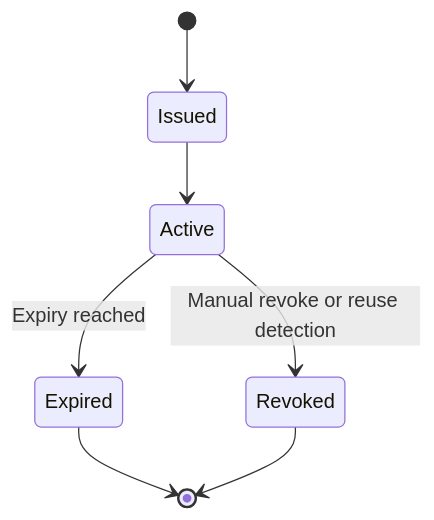
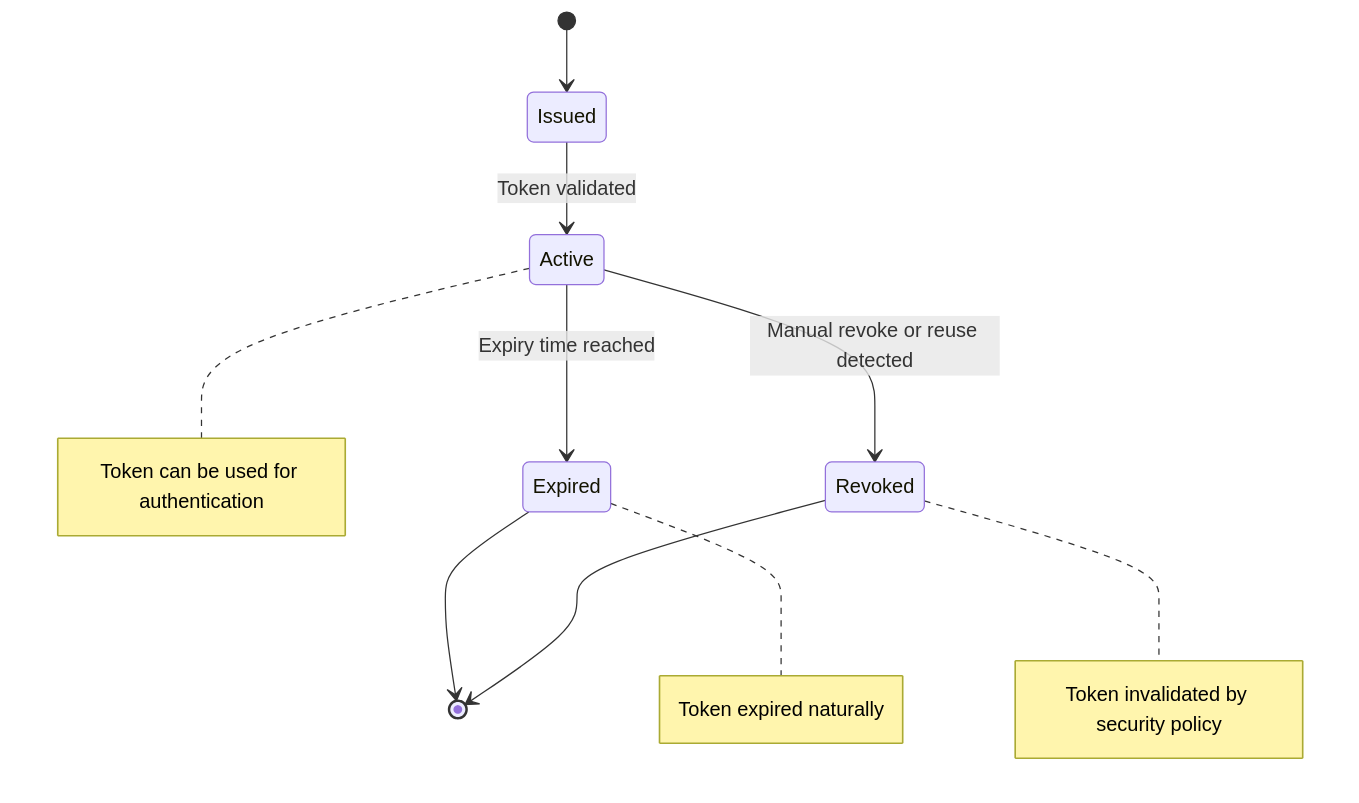
The fourth of 4 diagrams in docs/architecture.md (Welly0007/WareHouseSystem), drawn with Mermaid before and after one commit. The commit also changed other lines of this file and 5 other files, not shown here.

````diff
--- a/docs/architecture.md
+++ b/docs/architecture.md
@@ -152,9 +184,13 @@
 ```mermaid
 stateDiagram-v2
   [*] --> Issued
-  Issued --> Active
-  Active --> Expired: Expiry reached
-  Active --> Revoked: Manual revoke or reuse detection
+  Issued --> Active : Token validated
+  Active --> Expired : Expiry time reached
+  Active --> Revoked : Manual revoke or reuse detected
   Expired --> [*]
   Revoked --> [*]
+  
+  note right of Active : Token can be used for authentication
+  note right of Expired : Token expired naturally
+  note right of Revoked : Token invalidated by security policy
 ```
````
